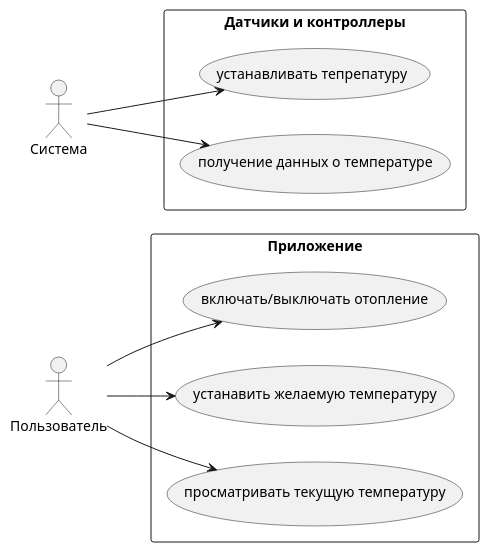
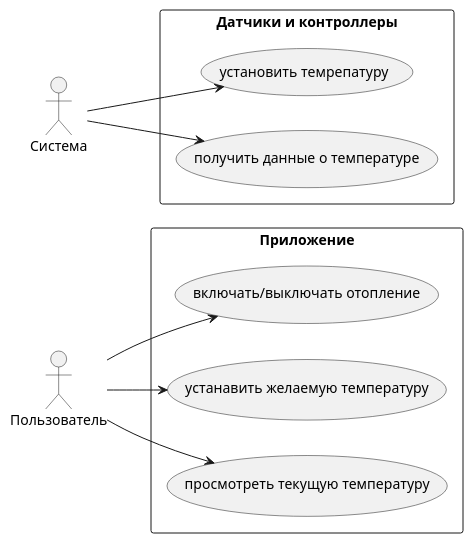
The diagram in arch/current state/Use Cases.puml (asbelon/architecture-sprint-3), drawn with PlantUML before and after one commit. The commit also changed 9 other files, not shown here.

```diff
--- a/arch/current state/Use Cases.puml
+++ b/arch/current state/Use Cases.puml
@@ -1,25 +1,25 @@
 @startuml
 
 left to right direction
 
 actor "Пользователь" as User
 actor "Система" as System
 
 rectangle "Приложение" {
     usecase "включать/выключать отопление" as UC1
     usecase "устанавить желаемую температуру" as UC2
-    usecase "просматривать текущую температуру" as UC4
+    usecase "просмотреть текущую температуру" as UC4
 }
 
 rectangle "Датчики и контроллеры" {
-    usecase "устанавливать тепрепатуру" as UC3
-    usecase "получение данных о температуре" as UC5
+    usecase "установить темрепатуру" as UC3
+    usecase "получить данные о температуре" as UC5
 }
 
 User --> UC1
 User --> UC2
 User --> UC4
 System --> UC3
 System --> UC5
 
 @enduml
```
